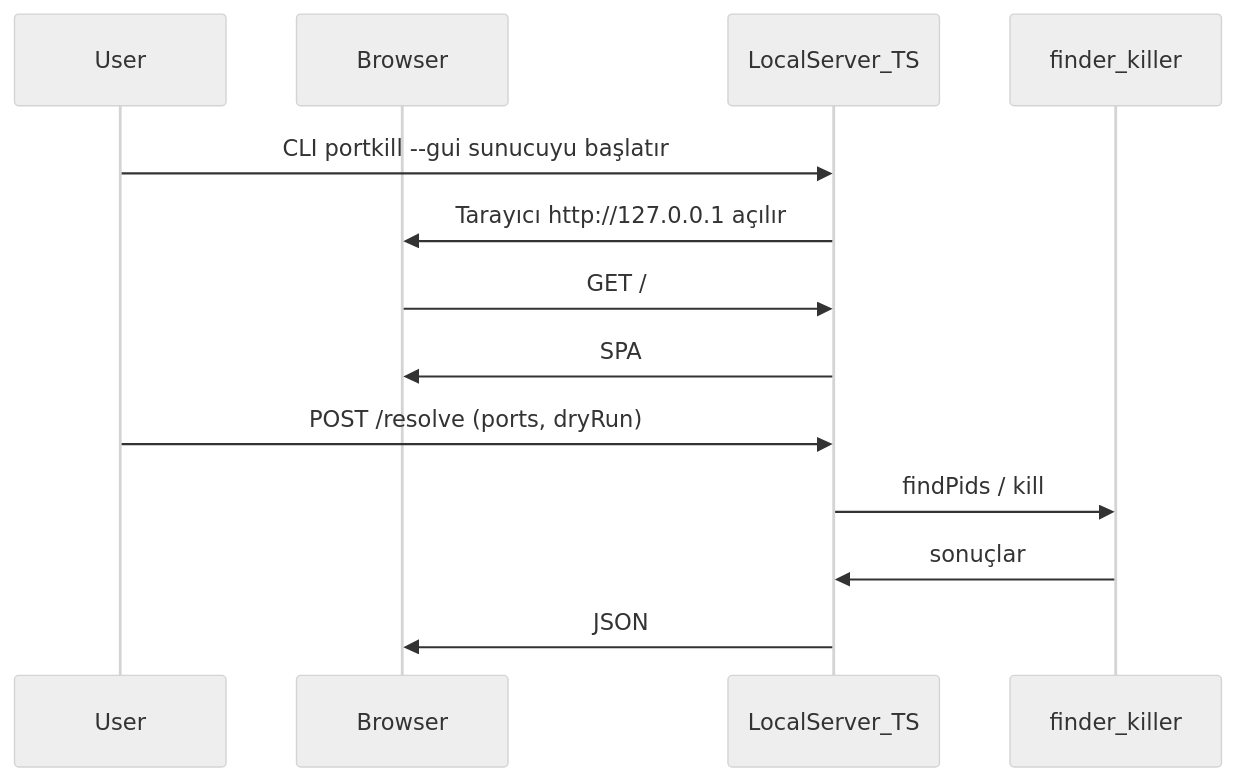
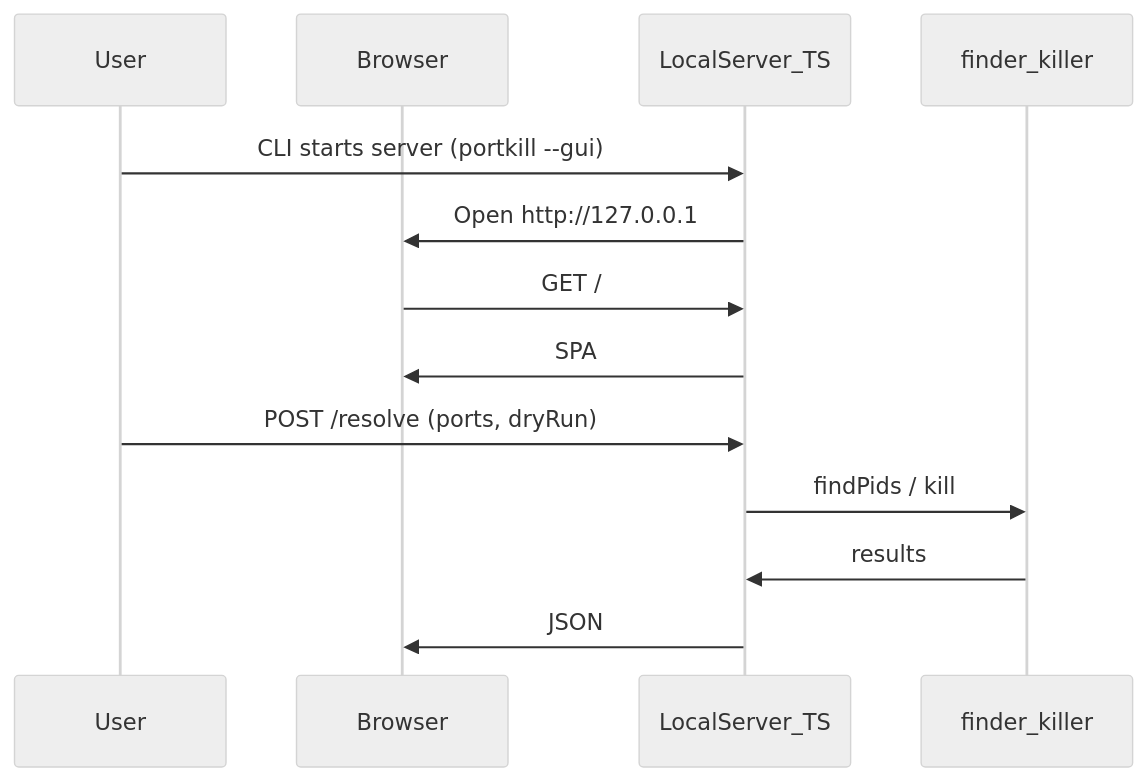
The diagram in PRD.md (burakboduroglu/portkill), drawn with Mermaid (neutral theme) before and after one commit. The commit also changed other lines of this file and 7 other files, not shown here.

````diff
--- a/PRD.md
+++ b/PRD.md
@@ -150,16 +150,16 @@
 ```mermaid
 sequenceDiagram
   participant User
   participant Browser
   participant LocalAPI as LocalServer_TS
   participant Core as finder_killer
 
-  User->>LocalAPI: CLI portkill --gui sunucuyu başlatır
-  LocalAPI->>Browser: Tarayıcı http://127.0.0.1 açılır
+  User->>LocalAPI: CLI starts server (portkill --gui)
+  LocalAPI->>Browser: Open http://127.0.0.1
   Browser->>LocalAPI: GET /
   LocalAPI->>Browser: SPA
   User->>LocalAPI: POST /resolve (ports, dryRun)
   LocalAPI->>Core: findPids / kill
-  Core->>LocalAPI: sonuçlar
+  Core->>LocalAPI: results
   LocalAPI->>Browser: JSON
 ```
````
